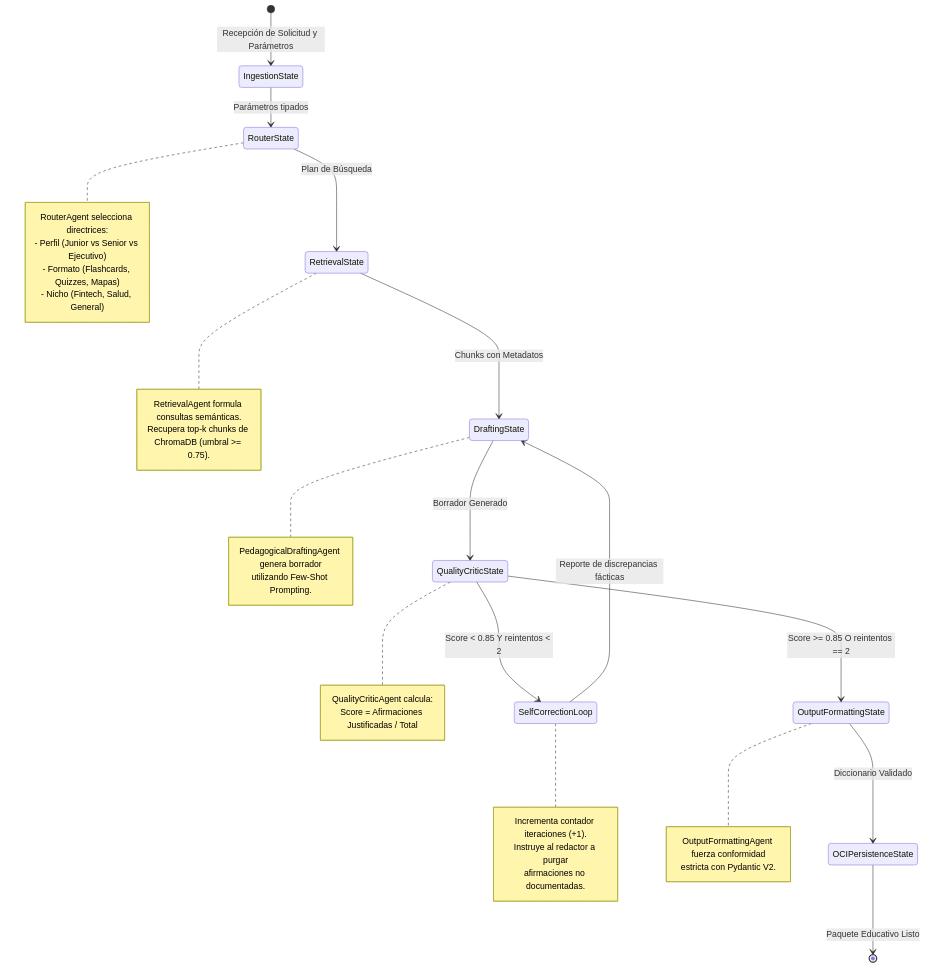
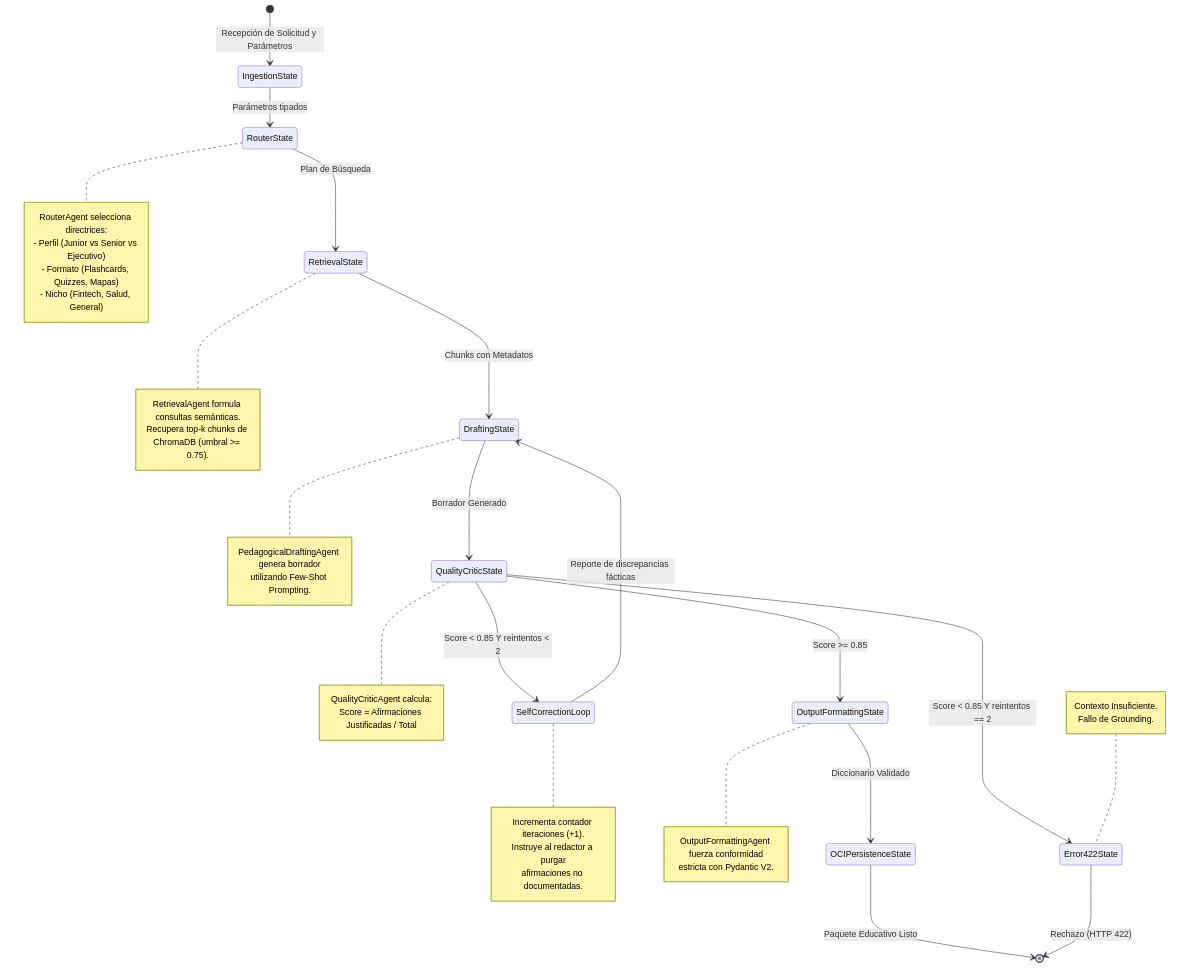
One commit to MarcosGHernandez/ONE_G10_hackathon- changed the fourth of 5 diagrams in docs/07_DIAGRAMAS_DE_ARQUITECTURA_Y_FLUJOS.md. Above: the diagram before and after it, drawn with Mermaid. The commit also changed other lines of this file, not shown here.

Commit message:
docs: actualizar diagramas con Query Builder y edge case HTTP 422

````diff
--- a/docs/07_DIAGRAMAS_DE_ARQUITECTURA_Y_FLUJOS.md
+++ b/docs/07_DIAGRAMAS_DE_ARQUITECTURA_Y_FLUJOS.md
@@ -175,49 +179,56 @@
 ```mermaid
 stateDiagram-v2
     [*] --> IngestionState: Recepción de Solicitud y Parámetros
     
     IngestionState --> RouterState: Parámetros tipados
     note right of RouterState
         RouterAgent selecciona directrices:
         - Perfil (Junior vs Senior vs Ejecutivo)
         - Formato (Flashcards, Quizzes, Mapas)
         - Nicho (Fintech, Salud, General)
     end note
 
     RouterState --> RetrievalState: Plan de Búsqueda
     note right of RetrievalState
         RetrievalAgent formula consultas semánticas.
         Recupera top-k chunks de ChromaDB (umbral >= 0.75).
     end note
 
     RetrievalState --> DraftingState: Chunks con Metadatos
     note right of DraftingState
         PedagogicalDraftingAgent genera borrador
         utilizando Few-Shot Prompting.
     end note
 
     DraftingState --> QualityCriticState: Borrador Generado
     note right of QualityCriticState
         QualityCriticAgent calcula:
         Score = Afirmaciones Justificadas / Total
     end note
 
     state QualityCriticState <<choice>>
     QualityCriticState --> SelfCorrectionLoop: Score < 0.85 Y reintentos < 2
-    QualityCriticState --> OutputFormattingState: Score >= 0.85 O reintentos == 2
+    QualityCriticState --> OutputFormattingState: Score >= 0.85
+    QualityCriticState --> Error422State: Score < 0.85 Y reintentos == 2
 
     SelfCorrectionLoop --> DraftingState: Reporte de discrepancias fácticas
     note right of SelfCorrectionLoop
         Incrementa contador iteraciones (+1).
         Instruye al redactor a purgar
         afirmaciones no documentadas.
+    end note
+
+    note left of Error422State
+        Contexto Insuficiente.
+        Fallo de Grounding.
     end note
 
     OutputFormattingState --> OCIPersistenceState: Diccionario Validado
     note right of OutputFormattingState
         OutputFormattingAgent fuerza conformidad
         estricta con Pydantic V2.
     end note
 
     OCIPersistenceState --> [*]: Paquete Educativo Listo
+    Error422State --> [*]: Rechazo (HTTP 422)
 ```
````
